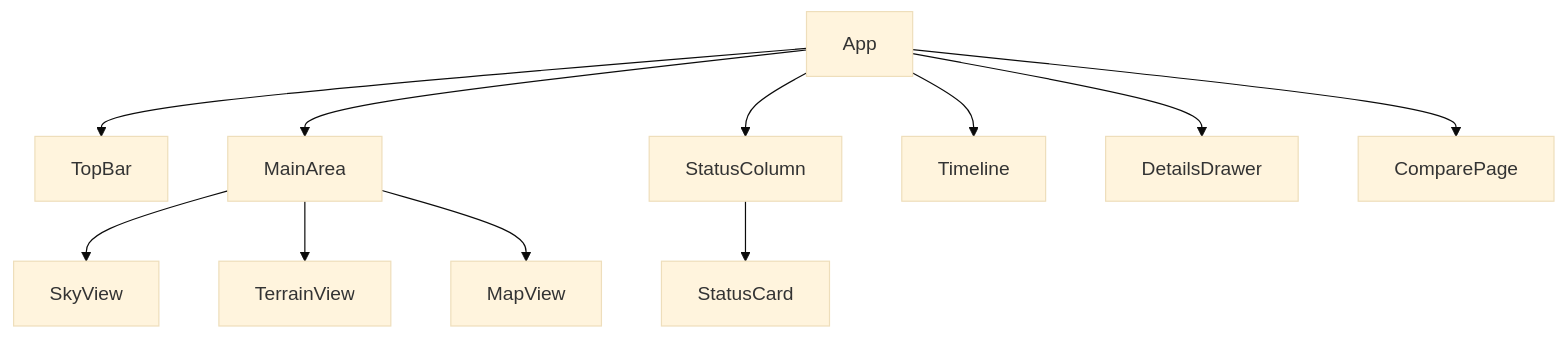
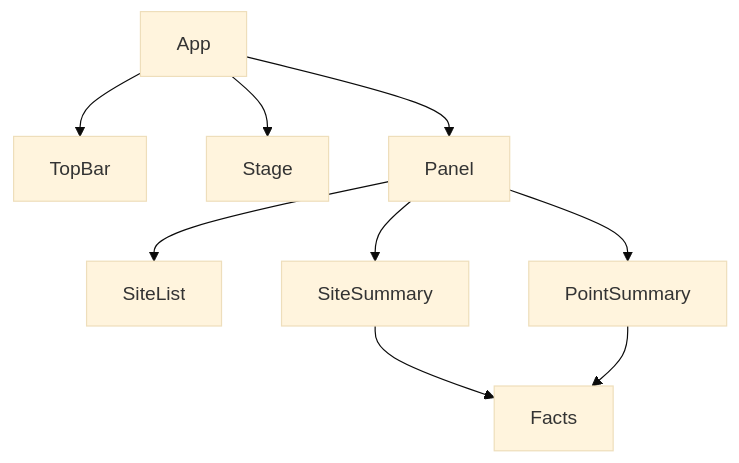
The third of 3 diagrams in docs/WEB_ARCHITECTURE.md (Yacin1102/Lunar-Landing-Site-Navigator), drawn with Mermaid (base theme) before and after one commit. The commit also changed other lines of this file and 41 other files, not shown here.

````diff
--- a/docs/WEB_ARCHITECTURE.md
+++ b/docs/WEB_ARCHITECTURE.md
@@ -55,13 +63,11 @@
 ```mermaid
 flowchart TB
   App --> TopBar
-  App --> MainArea
-  App --> StatusColumn
-  App --> Timeline
-  App --> DetailsDrawer
-  App --> ComparePage
-  MainArea --> SkyView
-  MainArea --> TerrainView
-  MainArea --> MapView
-  StatusColumn --> StatusCard
+  App --> Stage
+  App --> Panel
+  Panel --> SiteList
+  Panel --> SiteSummary
+  Panel --> PointSummary
+  SiteSummary --> Facts
+  PointSummary --> Facts
 ```
````
